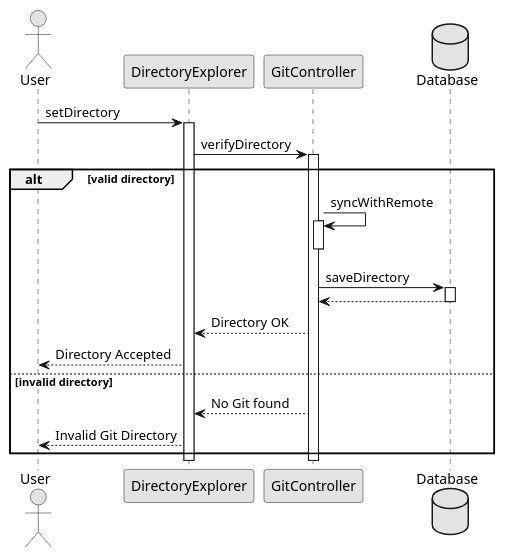
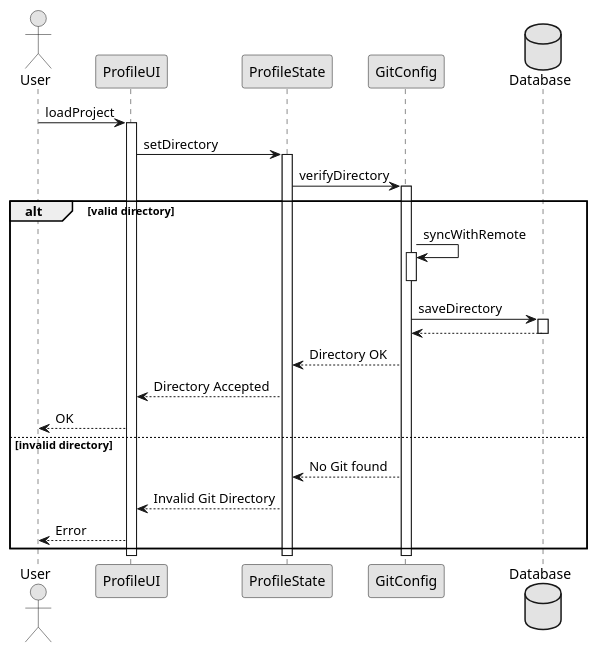
Before and after one commit to imdar1/GitMonitor: the diagram in docs/res/seq1.pu, drawn with PlantUML. The commit also changed 6 other files, not shown here.

```diff
--- a/docs/res/seq1.pu
+++ b/docs/res/seq1.pu
@@ -1,31 +1,38 @@
 @startuml sequence_diagram1
 skinparam monochrome true
 actor User as user
-participant "DirectoryExplorer" as a1
-participant "GitController" as a2
+participant "ProfileUI" as a3
+participant "ProfileState" as a1
+participant "GitConfig" as a2
 database "Database" as db
 
-user -> a1: setDirectory
+user -> a3: loadProject
+activate a3
+
+a3 -> a1: setDirectory
 activate a1
 
 a1 -> a2: verifyDirectory
 activate a2
 
 alt valid directory
     a2 -> a2: syncWithRemote
     activate a2
     deactivate a2
     a2 -> db: saveDirectory
     activate db
     db --> a2
     deactivate db
     a2 --> a1: Directory OK
-    a1 --> user: Directory Accepted
+    a1 --> a3: Directory Accepted
+    a3 --> user: OK
 else invalid directory
     a2 --> a1: No Git found
-    a1 --> user: Invalid Git Directory
+    a1 --> a3: Invalid Git Directory
+    a3 --> user: Error
 end
 deactivate a2
 deactivate a1
+deactivate a3
 
 @enduml
```
